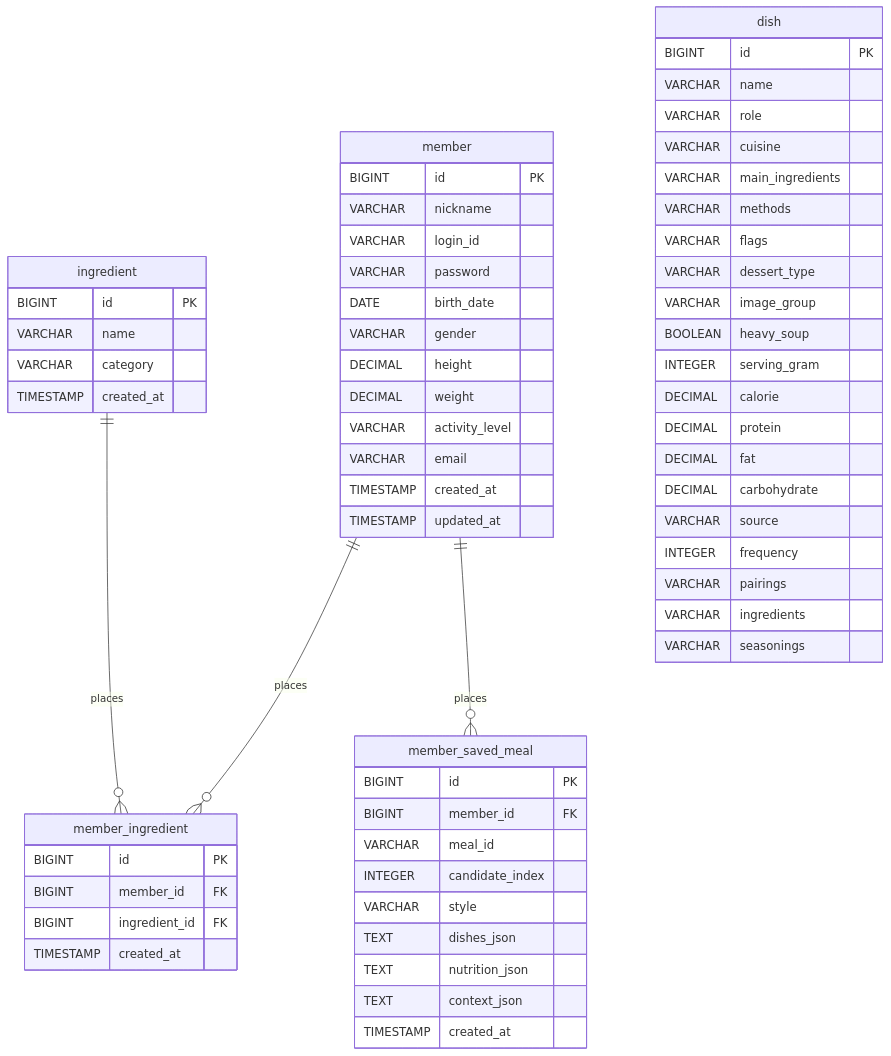
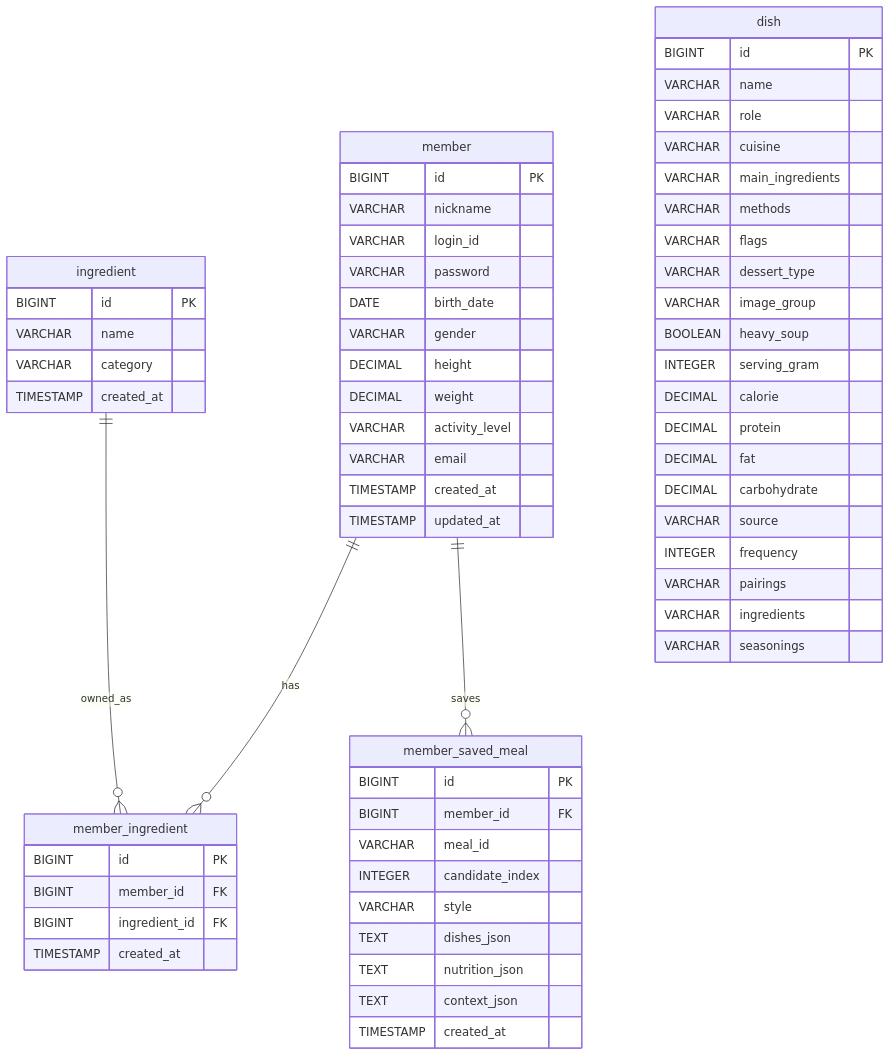
One commit to hg-proj/mealgram changed the second of 2 diagrams in docs/ERD.md. Above: the diagram before and after it, drawn with Mermaid. The commit also changed 2 other files, not shown here.

Commit message:
docs: README 작성 (#163)

```diff
--- a/docs/ERD.md
+++ b/docs/ERD.md
@@ -35,11 +35,11 @@
     %% ==========================================
 
     %% 회원 - 회원재료: 1:N
-    member ||--o{ member_ingredient : places 
+    member ||--o{ member_ingredient : has 
     %% 회원 - 회원저장식단: 1:N
-    member ||--o{ member_saved_meal : places 
+    member ||--o{ member_saved_meal : saves 
     %% 재료 - 회원재료: 1:N
-    ingredient ||--o{ member_ingredient : places
+    ingredient ||--o{ member_ingredient : owned_as
 
 
 
@@ -65,7 +65,7 @@
         TIMESTAMP updated_at
     }
 
-    member_ingredient  {
+    member_ingredient {
         BIGINT id PK
         BIGINT member_id FK 
         BIGINT ingredient_id FK 
```
